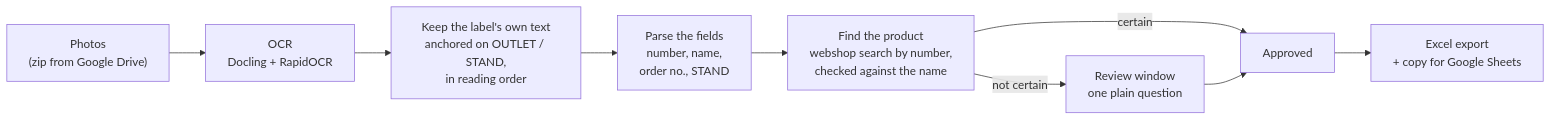
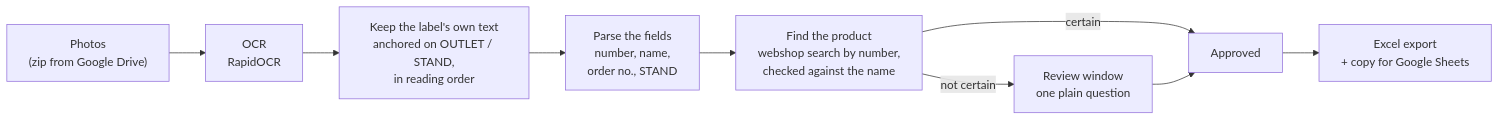
The diagram in README.md (MarcusOlesen/label-miner), drawn with Mermaid before and after one commit. The commit also changed other lines of this file and 40 other files, not shown here.

````diff
--- a/README.md
+++ b/README.md
@@ -15,11 +15,11 @@
 ```mermaid
 flowchart LR
-    A["Photos<br/>(zip from Google Drive)"] --> B["OCR<br/>Docling + RapidOCR"]
+    A["Photos<br/>(zip from Google Drive)"] --> B["OCR<br/>RapidOCR"]
     B --> C["Keep the label's own text<br/>anchored on OUTLET / STAND,<br/>in reading order"]
     C --> D["Parse the fields<br/>number, name,<br/>order no., STAND"]
     D --> E["Find the product<br/>webshop search by number,<br/>checked against the name"]
     E -->|certain| F["Approved"]
     E -->|not certain| G["Review window<br/>one plain question"]
     G --> F
     F --> H["Excel export<br/>+ copy for Google Sheets"]
 ```
````
